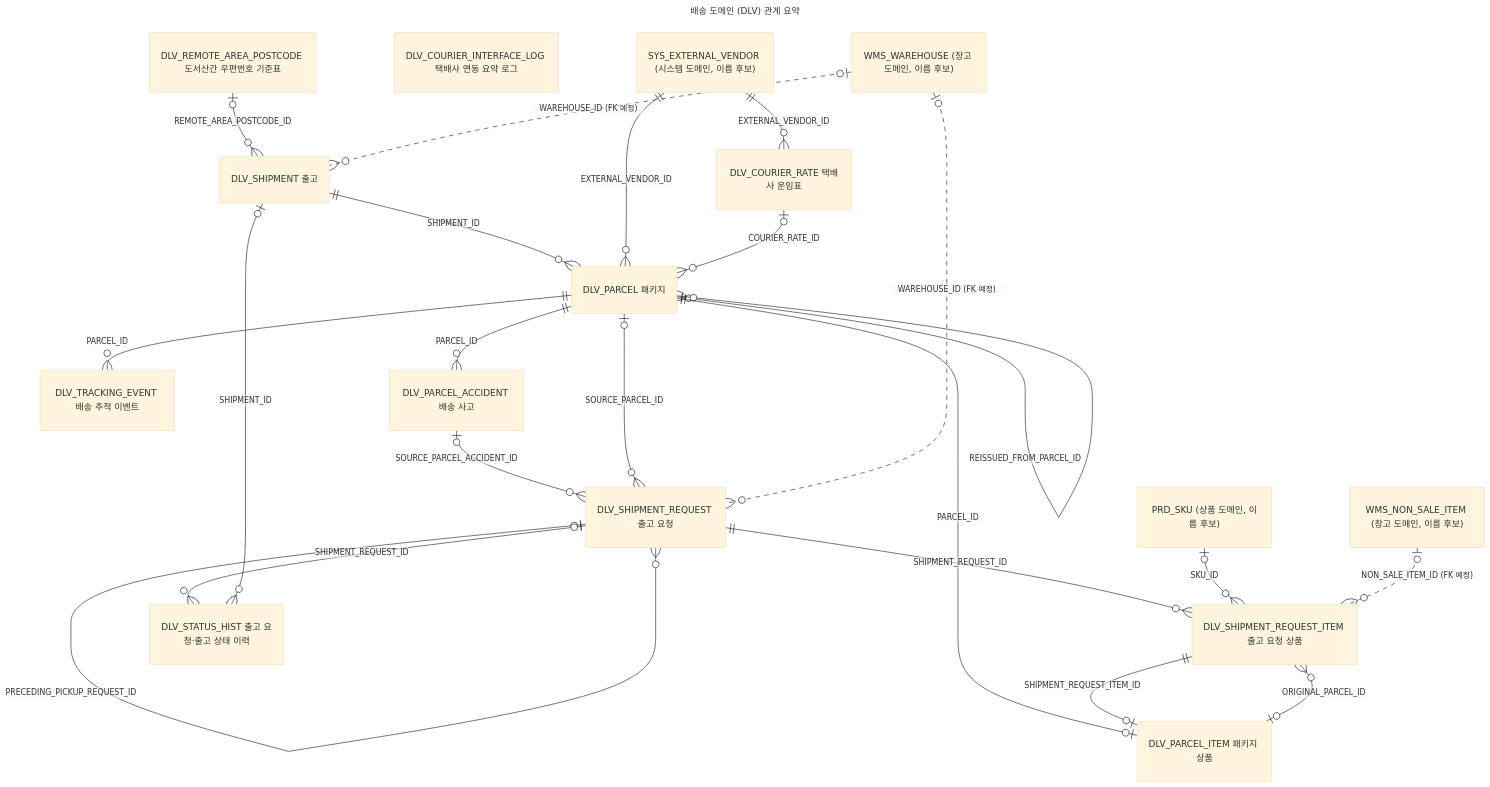
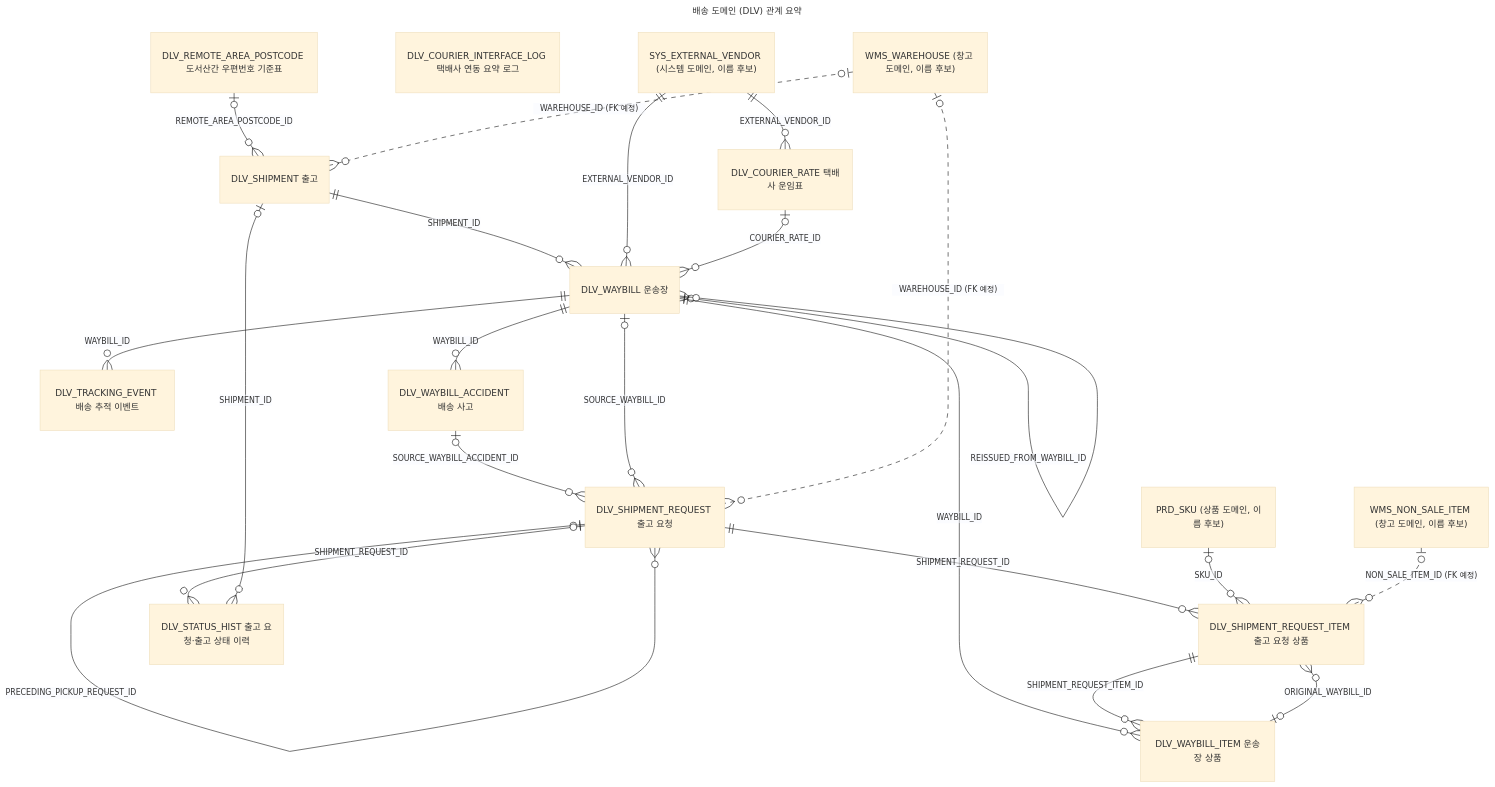
Before and after one commit to hotshin24/OnlineStorePortfolio2: the diagram in docs/mmd/배송_DLV_관계요약.mmd, drawn with Mermaid (base theme). The commit also changed 24 other files, not shown here.

First line of the commit message:
배송 패키지를 운송장으로 이름 변경(DC-61~63), ERD 1:N 표기와 배치 수정

```diff
--- a/docs/mmd/배송_DLV_관계요약.mmd
+++ b/docs/mmd/배송_DLV_관계요약.mmd
@@ -1,66 +1,66 @@
 ---
 title: 배송 도메인 (DLV) 관계 요약
 ---
-%% 생성: tools/pdfgen/erd/erd.py → tools/pdfgen/dlv/erd_dlv.py (2026-11-27). 컬럼 없이 테이블과 관계만 그렸다. 테이블 이름은 모두 후보. FK 없이 값만 두는 참조(주문·클레임 ID, 5-1 B, 로그의 출고 요청·패키지 ID, 추적 이벤트의 정정 대상)는 그리지 않았다
+%% 생성: tools/pdfgen/erd/erd.py → tools/pdfgen/dlv/erd_dlv.py (2026-11-27). 컬럼 없이 테이블과 관계만 그렸다. 테이블 이름은 모두 후보. FK 없이 값만 두는 참조(주문·클레임 ID, 5-1 B, 로그의 출고 요청·운송장 ID, 추적 이벤트의 정정 대상)는 그리지 않았다
 %% 표기: ||--o{ 필수 1:N, |o--o{ 선택(NULL 허용 FK) 1:N, |o..o{ FK 예정 참조(WMS 테이블이 정해지면 FK). 선 이름은 컬럼
 %% 다른 도메인 상자: 상품·시스템·창고 (모두 후보)
 erDiagram
     %% ---- 출고 요청·출고
     DLV_SHIPMENT_REQUEST["DLV_SHIPMENT_REQUEST 출고 요청"] {
     }
     DLV_SHIPMENT_REQUEST_ITEM["DLV_SHIPMENT_REQUEST_ITEM 출고 요청 상품"] {
     }
     DLV_SHIPMENT["DLV_SHIPMENT 출고"] {
     }
-    %% ---- 패키지·추적·사고
-    DLV_PARCEL["DLV_PARCEL 패키지"] {
+    %% ---- 운송장·추적·사고
+    DLV_WAYBILL["DLV_WAYBILL 운송장"] {
     }
-    DLV_PARCEL_ITEM["DLV_PARCEL_ITEM 패키지 상품"] {
+    DLV_WAYBILL_ITEM["DLV_WAYBILL_ITEM 운송장 상품"] {
     }
     DLV_TRACKING_EVENT["DLV_TRACKING_EVENT 배송 추적 이벤트"] {
     }
-    DLV_PARCEL_ACCIDENT["DLV_PARCEL_ACCIDENT 배송 사고"] {
+    DLV_WAYBILL_ACCIDENT["DLV_WAYBILL_ACCIDENT 배송 사고"] {
     }
     %% ---- 이력
     DLV_STATUS_HIST["DLV_STATUS_HIST 출고 요청·출고 상태 이력"] {
     }
     %% ---- 기준 데이터
     DLV_COURIER_RATE["DLV_COURIER_RATE 택배사 운임표"] {
     }
     DLV_REMOTE_AREA_POSTCODE["DLV_REMOTE_AREA_POSTCODE 도서산간 우편번호 기준표"] {
     }
     %% ---- 연동
     DLV_COURIER_INTERFACE_LOG["DLV_COURIER_INTERFACE_LOG 택배사 연동 요약 로그"] {
     }
     %% ---- 다른 도메인
     PRD_SKU["PRD_SKU (상품 도메인, 이름 후보)"] {
     }
     SYS_EXTERNAL_VENDOR["SYS_EXTERNAL_VENDOR (시스템 도메인, 이름 후보)"] {
     }
     WMS_NON_SALE_ITEM["WMS_NON_SALE_ITEM (창고 도메인, 이름 후보)"] {
     }
     WMS_WAREHOUSE["WMS_WAREHOUSE (창고 도메인, 이름 후보)"] {
     }
     %% ---- 관계
-    DLV_PARCEL_ACCIDENT |o--o{ DLV_SHIPMENT_REQUEST : "SOURCE_PARCEL_ACCIDENT_ID"
-    DLV_PARCEL |o--o{ DLV_SHIPMENT_REQUEST : "SOURCE_PARCEL_ID"
+    DLV_WAYBILL_ACCIDENT |o--o{ DLV_SHIPMENT_REQUEST : "SOURCE_WAYBILL_ACCIDENT_ID"
+    DLV_WAYBILL |o--o{ DLV_SHIPMENT_REQUEST : "SOURCE_WAYBILL_ID"
     DLV_SHIPMENT_REQUEST |o--o{ DLV_SHIPMENT_REQUEST : "PRECEDING_PICKUP_REQUEST_ID"
     DLV_SHIPMENT_REQUEST ||--o{ DLV_SHIPMENT_REQUEST_ITEM : "SHIPMENT_REQUEST_ID"
-    DLV_PARCEL_ITEM |o--o{ DLV_SHIPMENT_REQUEST_ITEM : "ORIGINAL_PARCEL_ID"
+    DLV_WAYBILL_ITEM |o--o{ DLV_SHIPMENT_REQUEST_ITEM : "ORIGINAL_WAYBILL_ID"
     PRD_SKU |o--o{ DLV_SHIPMENT_REQUEST_ITEM : "SKU_ID"
     DLV_REMOTE_AREA_POSTCODE |o--o{ DLV_SHIPMENT : "REMOTE_AREA_POSTCODE_ID"
-    DLV_SHIPMENT ||--o{ DLV_PARCEL : "SHIPMENT_ID"
-    SYS_EXTERNAL_VENDOR ||--o{ DLV_PARCEL : "EXTERNAL_VENDOR_ID"
-    DLV_PARCEL |o--o{ DLV_PARCEL : "REISSUED_FROM_PARCEL_ID"
-    DLV_COURIER_RATE |o--o{ DLV_PARCEL : "COURIER_RATE_ID"
-    DLV_PARCEL ||--o| DLV_PARCEL_ITEM : "PARCEL_ID"
-    DLV_SHIPMENT_REQUEST_ITEM ||--o| DLV_PARCEL_ITEM : "SHIPMENT_REQUEST_ITEM_ID"
-    DLV_PARCEL ||--o{ DLV_TRACKING_EVENT : "PARCEL_ID"
-    DLV_PARCEL ||--o{ DLV_PARCEL_ACCIDENT : "PARCEL_ID"
+    DLV_SHIPMENT ||--o{ DLV_WAYBILL : "SHIPMENT_ID"
+    SYS_EXTERNAL_VENDOR ||--o{ DLV_WAYBILL : "EXTERNAL_VENDOR_ID"
+    DLV_WAYBILL |o--o{ DLV_WAYBILL : "REISSUED_FROM_WAYBILL_ID"
+    DLV_COURIER_RATE |o--o{ DLV_WAYBILL : "COURIER_RATE_ID"
+    DLV_WAYBILL ||--o{ DLV_WAYBILL_ITEM : "WAYBILL_ID"
+    DLV_SHIPMENT_REQUEST_ITEM ||--o{ DLV_WAYBILL_ITEM : "SHIPMENT_REQUEST_ITEM_ID"
+    DLV_WAYBILL ||--o{ DLV_TRACKING_EVENT : "WAYBILL_ID"
+    DLV_WAYBILL ||--o{ DLV_WAYBILL_ACCIDENT : "WAYBILL_ID"
     DLV_SHIPMENT_REQUEST |o--o{ DLV_STATUS_HIST : "SHIPMENT_REQUEST_ID"
     DLV_SHIPMENT |o--o{ DLV_STATUS_HIST : "SHIPMENT_ID"
     SYS_EXTERNAL_VENDOR ||--o{ DLV_COURIER_RATE : "EXTERNAL_VENDOR_ID"
     %% ---- FK 예정 참조
     WMS_WAREHOUSE |o..o{ DLV_SHIPMENT_REQUEST : "WAREHOUSE_ID (FK 예정)"
     WMS_WAREHOUSE |o..o{ DLV_SHIPMENT : "WAREHOUSE_ID (FK 예정)"
     WMS_NON_SALE_ITEM |o..o{ DLV_SHIPMENT_REQUEST_ITEM : "NON_SALE_ITEM_ID (FK 예정)"
```
